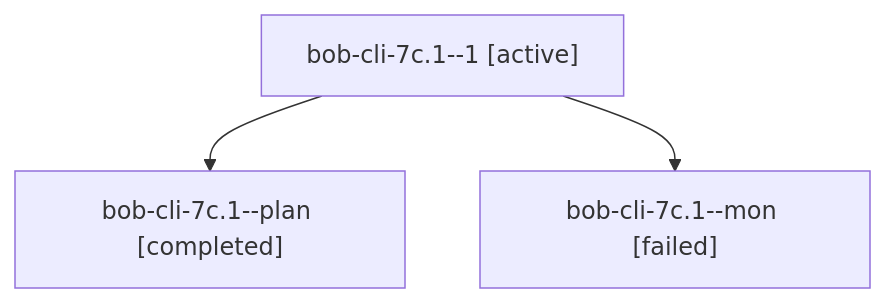
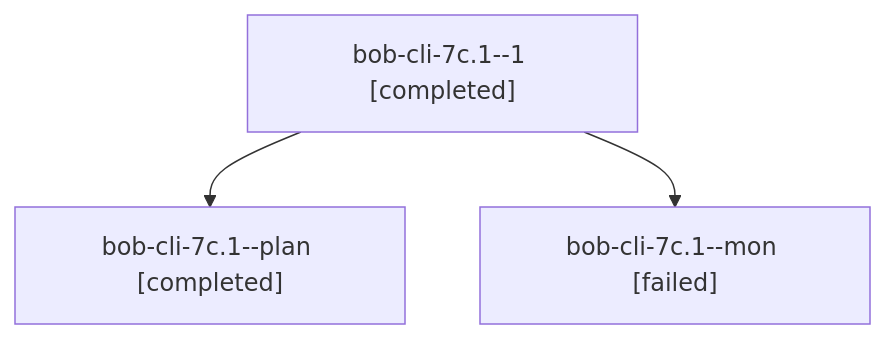
Before and after one commit to bobs-org/bob-cli--agents: the diagram in sessions/bbugyi200.apollo.bob-cli-7c.1.md, drawn with Mermaid. The commit also changed other lines of this file and 118 other files, not shown here.

````diff
--- a/sessions/bbugyi200.apollo.bob-cli-7c.1.md
+++ b/sessions/bbugyi200.apollo.bob-cli-7c.1.md
@@ -9,8 +9,8 @@
 ```mermaid
 flowchart TD
-  n0["bob-cli-7c.1--1 [active]"]
+  n0["bob-cli-7c.1--1 [completed]"]
   n1["bob-cli-7c.1--plan [completed]"]
   n0 --> n1
   n2["bob-cli-7c.1--mon [failed]"]
   n0 --> n2
 ```
````
